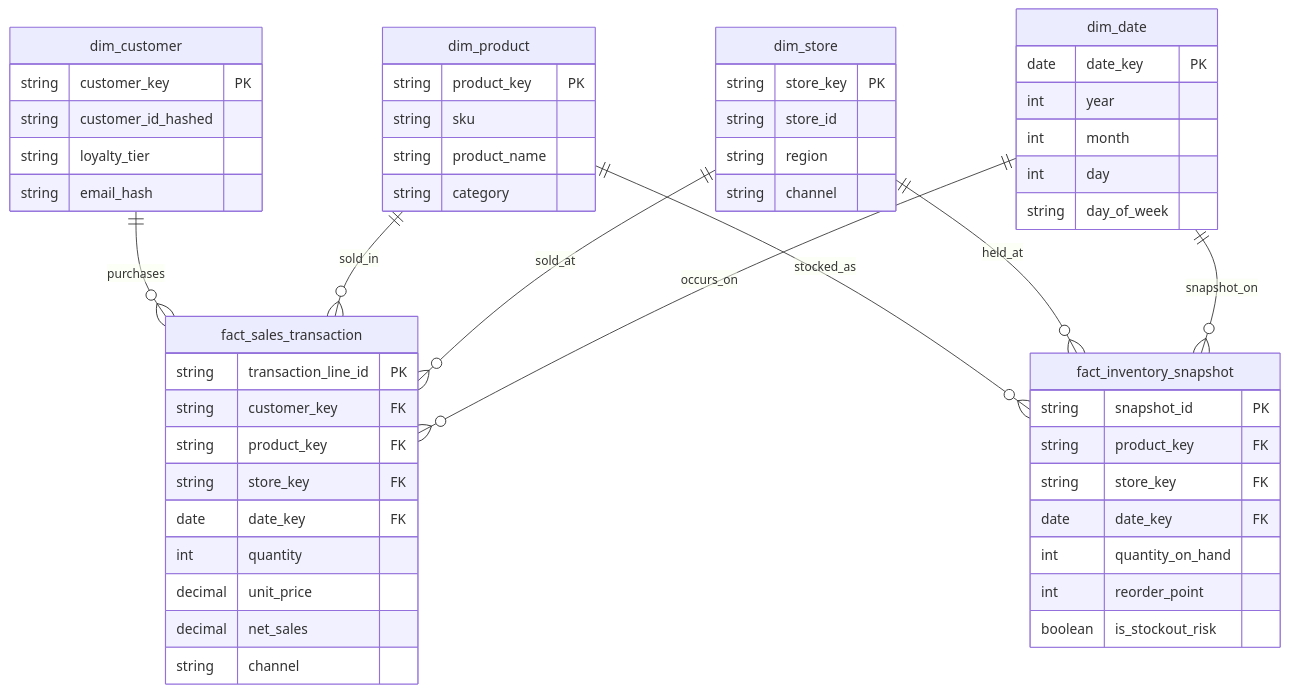
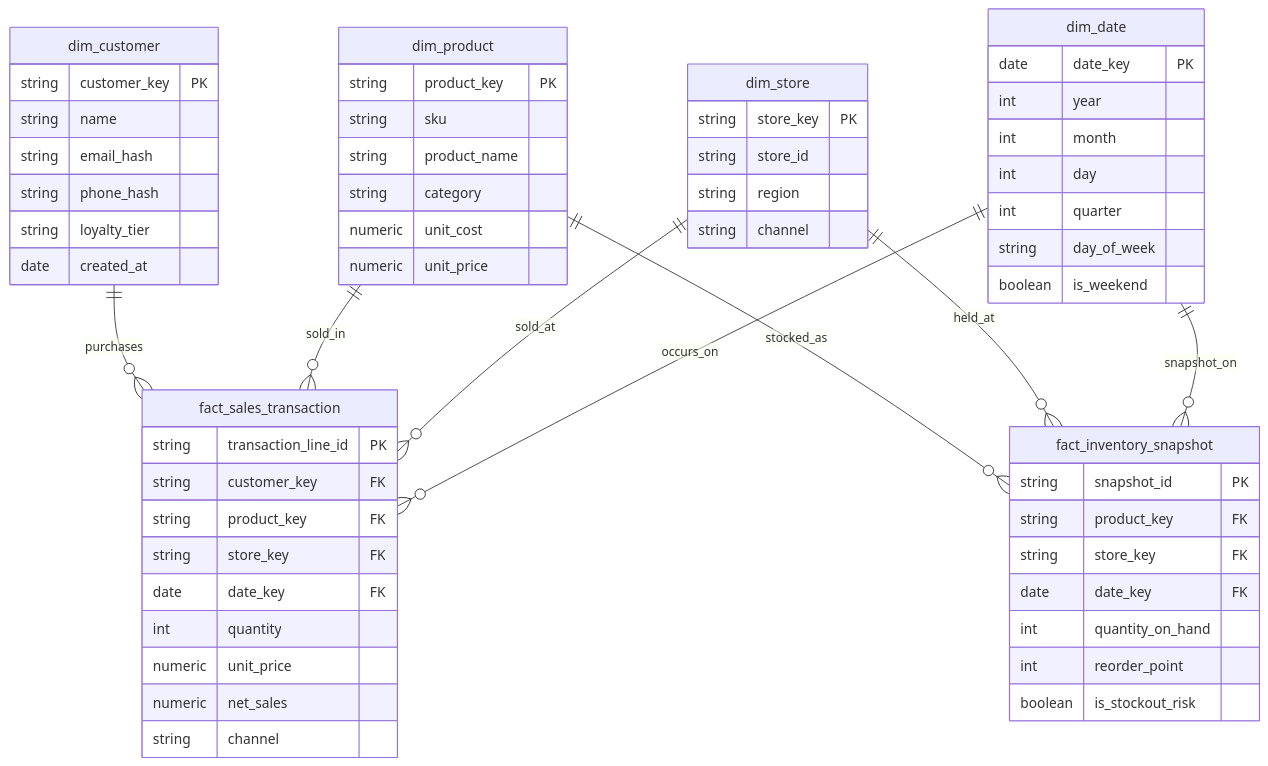
Before and after one commit to Ravindi373/smart-retail-data-platform: the diagram in docs/erd.md, drawn with Mermaid. The commit also changed other lines of this file and 46 other files, not shown here.

````diff
--- a/docs/erd.md
+++ b/docs/erd.md
@@ -8,56 +6,62 @@
 ```mermaid
 erDiagram
   dim_customer ||--o{ fact_sales_transaction : "purchases"
   dim_product ||--o{ fact_sales_transaction : "sold_in"
   dim_store ||--o{ fact_sales_transaction : "sold_at"
   dim_date ||--o{ fact_sales_transaction : "occurs_on"
   dim_product ||--o{ fact_inventory_snapshot : "stocked_as"
   dim_store ||--o{ fact_inventory_snapshot : "held_at"
   dim_date ||--o{ fact_inventory_snapshot : "snapshot_on"
 
   dim_customer {
     string customer_key PK
-    string customer_id_hashed
+    string name
+    string email_hash
+    string phone_hash
     string loyalty_tier
-    string email_hash
+    date created_at
   }
   dim_product {
     string product_key PK
     string sku
     string product_name
     string category
+    numeric unit_cost
+    numeric unit_price
   }
   dim_store {
     string store_key PK
     string store_id
     string region
     string channel
   }
   dim_date {
     date date_key PK
     int year
     int month
     int day
+    int quarter
     string day_of_week
+    boolean is_weekend
   }
   fact_sales_transaction {
     string transaction_line_id PK
     string customer_key FK
     string product_key FK
     string store_key FK
     date date_key FK
     int quantity
-    decimal unit_price
-    decimal net_sales
+    numeric unit_price
+    numeric net_sales
     string channel
   }
   fact_inventory_snapshot {
     string snapshot_id PK
     string product_key FK
     string store_key FK
     date date_key FK
     int quantity_on_hand
     int reorder_point
     boolean is_stockout_risk
   }
 ```
````
